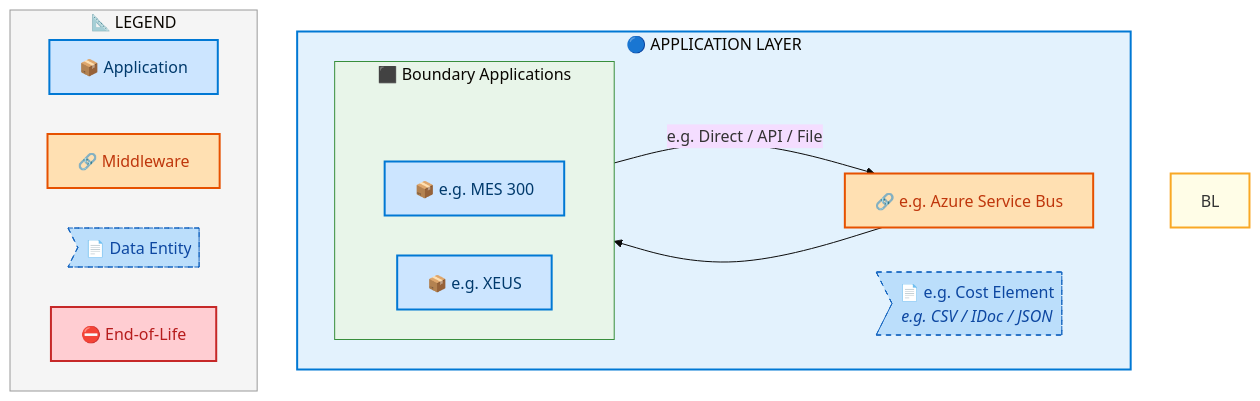
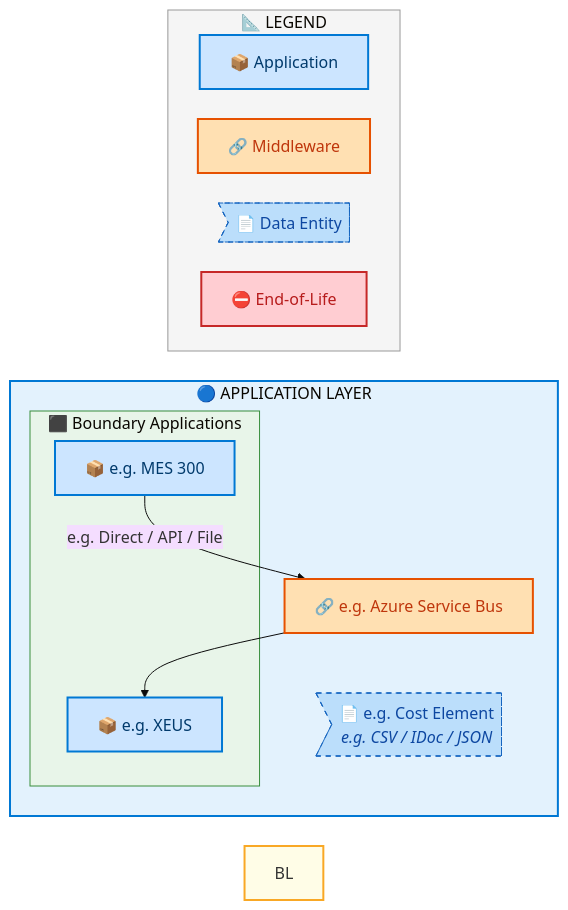
Before and after one commit to sajivfrancis777/IAO-Architecture: the sixth of 8 diagrams in towers/E2E/Procure to Pay/E2E-103/output/docs/systems-architecture/E2E-103-Architecture.md, drawn with Mermaid. The commit also changed other lines of this file and 252 other files, not shown here.

First line of the commit message:
fix: remove Mermaid ~~~ rank chain causing syntax error in v11.14.0

````diff
--- a/towers/E2E/Procure to Pay/E2E-103/output/docs/systems-architecture/E2E-103-Architecture.md
+++ b/towers/E2E/Procure to Pay/E2E-103/output/docs/systems-architecture/E2E-103-Architecture.md
@@ -645,44 +641,40 @@
 ```mermaid
-%%{init: {"theme": "base", "securityLevel": "loose", "themeVariables": {"fontSize": "16px", "fontFamily": "Segoe UI, Arial, sans-serif"}, "flowchart": {"useMaxWidth": false, "htmlLabels": true, "nodeSpacing": 40, "rankSpacing": 50}} }%%
-flowchart TB
+%%{init: {"theme": "base", "securityLevel": "loose", "themeVariables": {"fontSize": "16px", "fontFamily": "Segoe UI, Arial, sans-serif"}, "flowchart": {"useMaxWidth": false, "htmlLabels": true, "nodeSpacing": 30, "rankSpacing": 35}} }%%
+flowchart LR
     %% -- ArchiMate 3.2 + Azure style classes --
     classDef business      fill:#FFFFB3,stroke:#F9A825,stroke-width:2px,color:#000
     classDef app           fill:#CCE5FF,stroke:#0078D4,stroke-width:2px,color:#003A6C
     classDef data          fill:#BBDEFB,stroke:#1565C0,stroke-width:1px,color:#0D47A1,stroke-dasharray: 5 5
     classDef middleware    fill:#FFE0B2,stroke:#E65100,stroke-width:2px,color:#BF360C
     classDef eol           fill:#FFCDD2,stroke:#C62828,stroke-width:2px,color:#B71C1C
     classDef saas          fill:#E1BEE7,stroke:#7B1FA2,stroke-width:2px,color:#4A148C
     classDef cloud         fill:#BBDEFB,stroke:#1565C0,stroke-width:2px,color:#0D47A1
     classDef onprem        fill:#C8E6C9,stroke:#2E7D32,stroke-width:2px,color:#1B5E20
-    classDef rankAnchor    fill:none,stroke:none,color:transparent,font-size:1px
 
     subgraph AL["🔵 APPLICATION LAYER"]
-        direction LR
         subgraph E2E103FLN_Boundary_Applications[" ⬛ Boundary Applications"]
-            direction LR
-            E2E103F_ALRANK_0[ ]:::rankAnchor
             E2E103F_e_g_MES_300["📦 e.g. MES 300"]:::app
             E2E103F_e_g_XEUS["📦 e.g. XEUS"]:::app
         end
         E2E103FMW_e_g_Azure_Service_Bus["🔗 e.g. Azure Service Bus"]:::middleware
         E2E103FDE_e_g_Cost_Element>"📄 e.g. Cost Element<br/><i>e.g. CSV / IDoc / JSON</i>"]:::data
     end
 
     E2E103F_e_g_MES_300 -->|"e.g. Direct / API / File"| E2E103FMW_e_g_Azure_Service_Bus
     E2E103FMW_e_g_Azure_Service_Bus --> E2E103F_e_g_XEUS
 
 
     style BL fill:#FFFDE7,stroke:#F9A825,stroke-width:2px
     style AL fill:#E3F2FD,stroke:#0078D4,stroke-width:2px
 
     style E2E103FLN_Boundary_Applications fill:#E8F5E9,stroke:#388E3C,stroke-width:1px
 
     subgraph Legend["📐 LEGEND"]
         direction LR
         L_APP["📦 Application"]:::app
         L_MW["🔗 Middleware"]:::middleware
         L_DE>"📄 Data Entity"]:::data
         L_EOL["⛔ End-of-Life"]:::eol
     end
     style Legend fill:#F5F5F5,stroke:#999,stroke-width:1px
 ```
````
